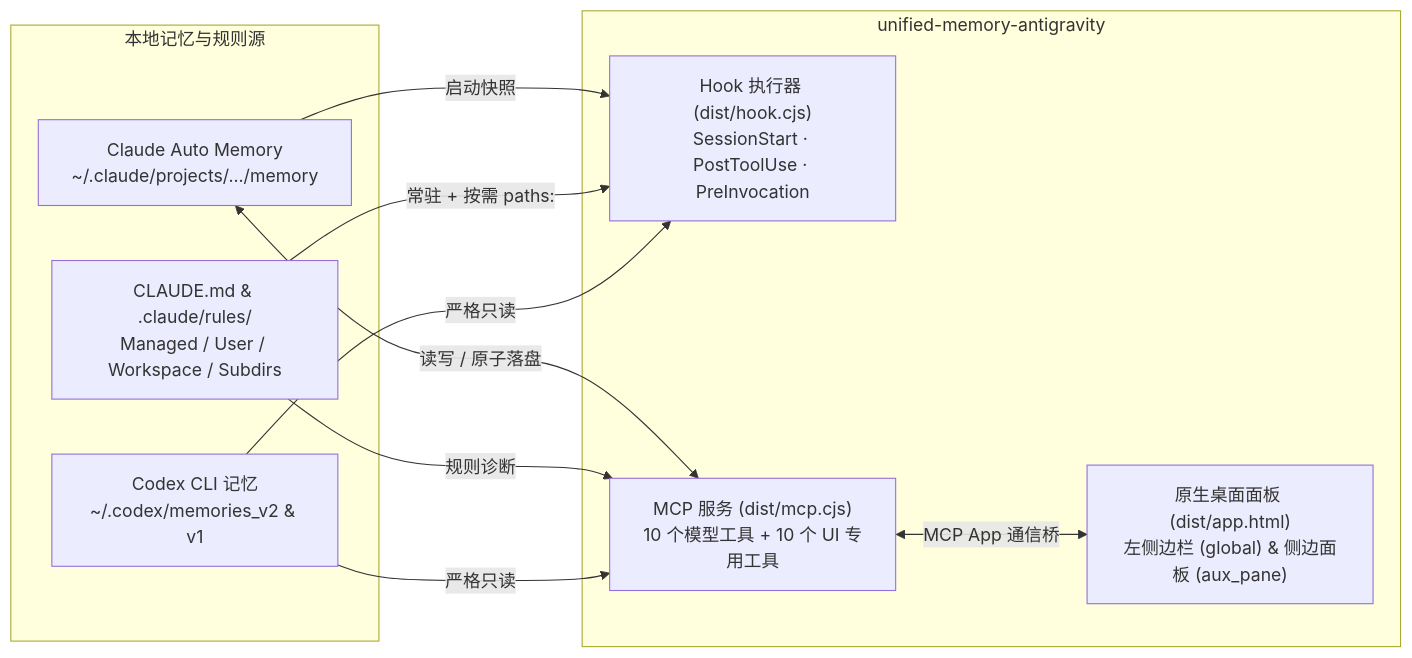
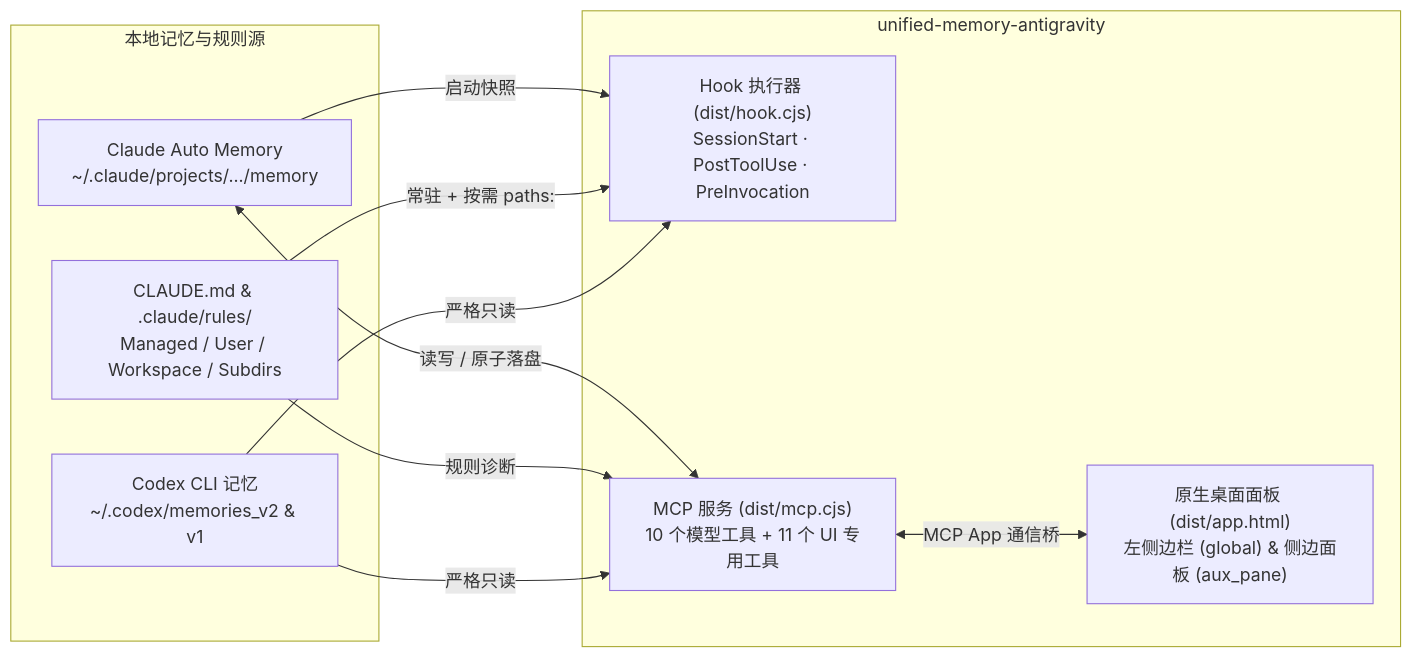
Before and after one commit to A-Cepheus/unified-memory-antigravity: the diagram in README.zh-CN.md, drawn with Mermaid. The commit also changed other lines of this file and 18 other files, not shown here.

````diff
--- a/README.zh-CN.md
+++ b/README.zh-CN.md
@@ -82,22 +82,22 @@
 ```mermaid
 flowchart LR
     subgraph Storage["本地记忆与规则源"]
         CL["Claude Auto Memory\n~/.claude/projects/.../memory"]
         CR["CLAUDE.md & .claude/rules/\nManaged / User / Workspace / Subdirs"]
         CX["Codex CLI 记忆\n~/.codex/memories_v2 & v1"]
     end
 
     subgraph Plugin["unified-memory-antigravity"]
         HK["Hook 执行器 (dist/hook.cjs)\nSessionStart · PostToolUse · PreInvocation"]
-        MCP["MCP 服务 (dist/mcp.cjs)\n10 个模型工具 + 10 个 UI 专用工具"]
+        MCP["MCP 服务 (dist/mcp.cjs)\n10 个模型工具 + 11 个 UI 专用工具"]
         UI["原生桌面面板 (dist/app.html)\n左侧边栏 (global) & 侧边面板 (aux_pane)"]
     end
 
     CL <-->|"读写 / 原子落盘"| MCP
     CL -->|"启动快照"| HK
     CR -->|"常驻 + 按需 paths:"| HK
     CR -->|"规则诊断"| MCP
     CX -->|"严格只读"| HK
     CX -->|"严格只读"| MCP
     MCP <-->|"MCP App 通信桥"| UI
 ```
````
